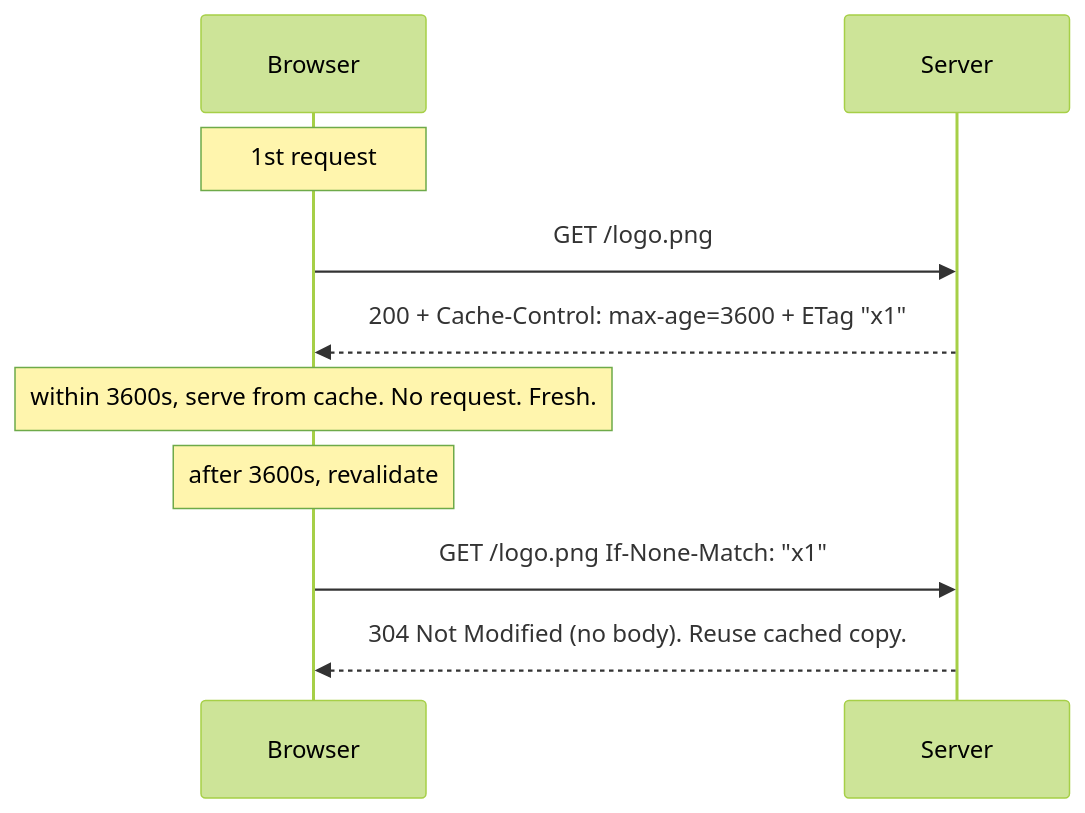
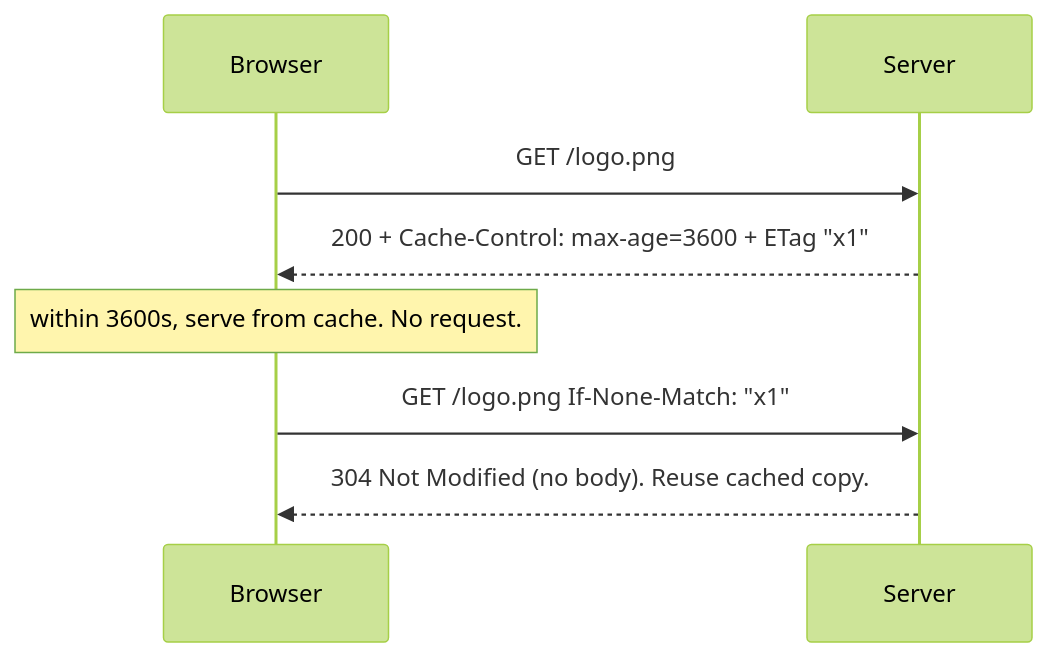
The second of 3 diagrams in packages/content/content/13-networking-http.mdx (ashishxcode/frontend-internals), drawn with Mermaid (forest theme) before and after one commit. The commit also changed other lines of this file and 34 other files, not shown here.

````diff
--- a/packages/content/content/13-networking-http.mdx
+++ b/packages/content/content/13-networking-http.mdx
@@ -48,12 +44,10 @@
 ```mermaid
 sequenceDiagram
   participant B as Browser
   participant S as Server
-  Note over B: 1st request
   B->>S: GET /logo.png
   S-->>B: 200 + Cache-Control: max-age=3600 + ETag "x1"
-  Note over B: within 3600s, serve from cache. No request. Fresh.
-  Note over B: after 3600s, revalidate
+  Note over B: within 3600s, serve from cache. No request.
   B->>S: GET /logo.png If-None-Match: "x1"
   S-->>B: 304 Not Modified (no body). Reuse cached copy.
 ```
````
